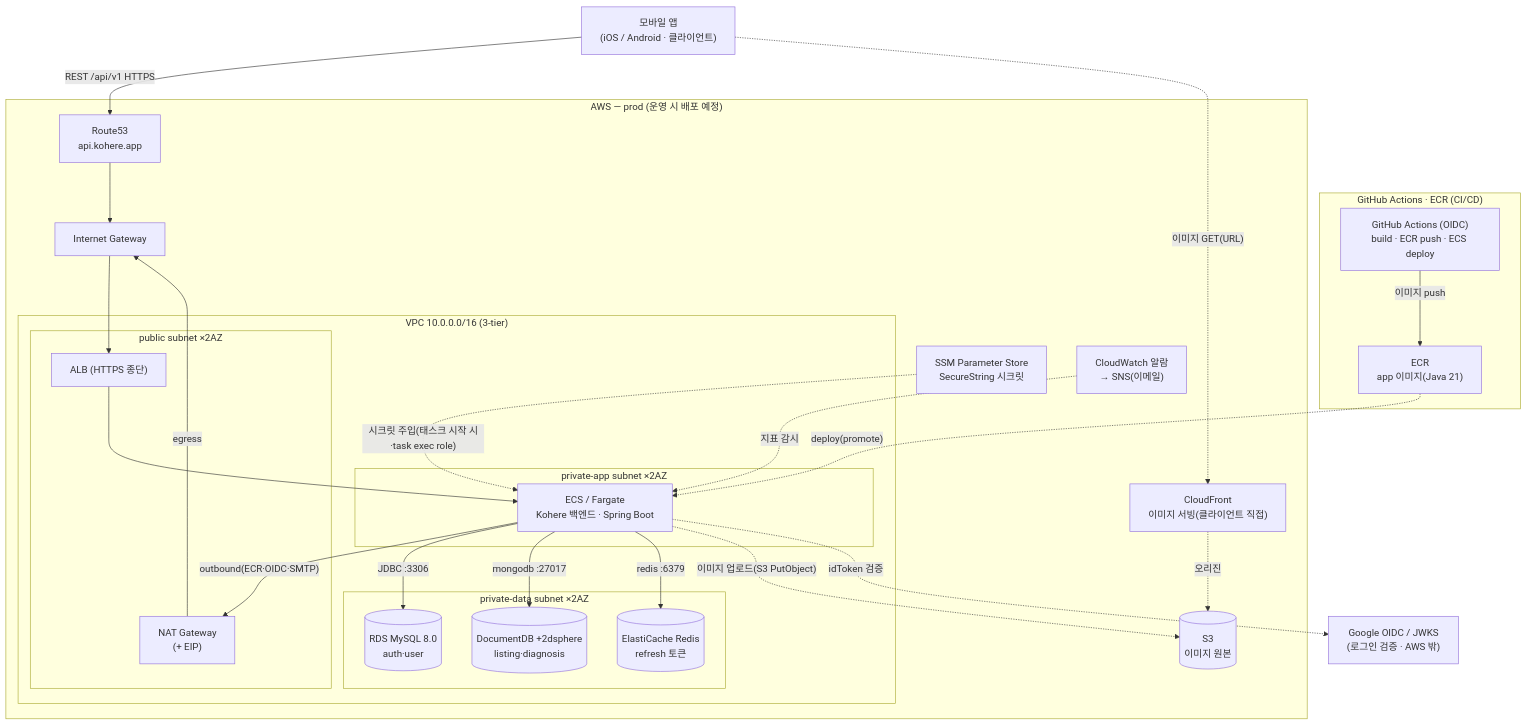
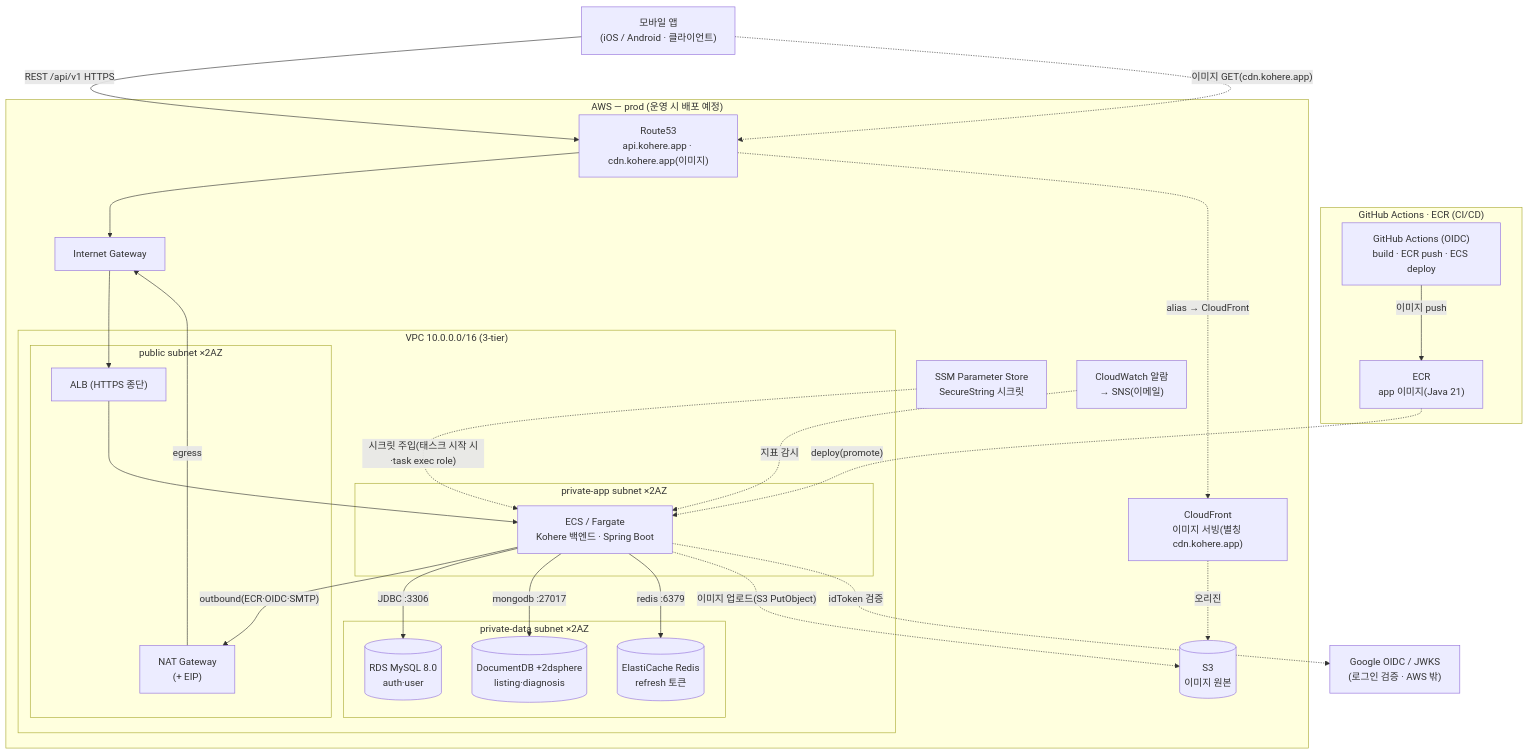
Before and after one commit to jameskim9509/Kohere-backend: the fourth of 5 diagrams in docs/architecture/system-overview.md, drawn with Mermaid. The commit also changed other lines of this file and 1 other file, not shown here.

First line of the commit message:
docs: 이미지 서빙 경로 Route53 경유 다이어그램 갱신

````diff
--- a/docs/architecture/system-overview.md
+++ b/docs/architecture/system-overview.md
@@ -173,51 +173,52 @@
 ```mermaid
 flowchart TB
     APP["모바일 앱<br/>(iOS / Android · 클라이언트)"]
     EXT["Google OIDC / JWKS<br/>(로그인 검증 · AWS 밖)"]
 
     subgraph CICD["GitHub Actions · ECR (CI/CD)"]
       GHA["GitHub Actions (OIDC)<br/>build · ECR push · ECS deploy"]
       ECR["ECR<br/>app 이미지(Java 21)"]
     end
 
     subgraph AWS["AWS — prod (운영 시 배포 예정)"]
-      R53["Route53<br/>api.kohere.app"]
-      CF["CloudFront<br/>이미지 서빙(클라이언트 직접)"]
+      R53["Route53<br/>api.kohere.app · cdn.kohere.app(이미지)"]
+      CF["CloudFront<br/>이미지 서빙(별칭 cdn.kohere.app)"]
       S3IMG[("S3<br/>이미지 원본")]
       SSM["SSM Parameter Store<br/>SecureString 시크릿"]
       CW["CloudWatch 알람<br/>→ SNS(이메일)"]
       IGW["Internet Gateway"]
       subgraph VPC["VPC 10.0.0.0/16 (3-tier)"]
         subgraph PUB["public subnet ×2AZ"]
           ALB["ALB (HTTPS 종단)"]
           NAT["NAT Gateway<br/>(+ EIP)"]
         end
         subgraph APPNET["private-app subnet ×2AZ"]
           FARGATE["ECS / Fargate<br/>Kohere 백엔드 · Spring Boot"]
         end
         subgraph DATANET["private-data subnet ×2AZ"]
           RDS[("RDS MySQL 8.0<br/>auth·user")]
           MONGO[("DocumentDB +2dsphere<br/>listing·diagnosis")]
           ELASTI[("ElastiCache Redis<br/>refresh 토큰")]
         end
       end
     end
 
     GHA -- "이미지 push" --> ECR
     ECR -. "deploy(promote)" .-> FARGATE
     APP -- "REST /api/v1 HTTPS" --> R53
     R53 --> IGW
     IGW --> ALB
     ALB --> FARGATE
     FARGATE -- "outbound(ECR·OIDC·SMTP)" --> NAT
     NAT -- "egress" --> IGW
     SSM -. "시크릿 주입(태스크 시작 시·task exec role)" .-> FARGATE
     FARGATE -- "JDBC :3306" --> RDS
     FARGATE -- "mongodb :27017" --> MONGO
     FARGATE -- "redis :6379" --> ELASTI
     FARGATE -. "이미지 업로드(S3 PutObject)" .-> S3IMG
     CF -. "오리진" .-> S3IMG
-    APP -. "이미지 GET(URL)" .-> CF
+    APP -. "이미지 GET(cdn.kohere.app)" .-> R53
+    R53 -. "alias → CloudFront" .-> CF
     FARGATE -. "idToken 검증" .-> EXT
     CW -. "지표 감시" .-> FARGATE
 ```
````
